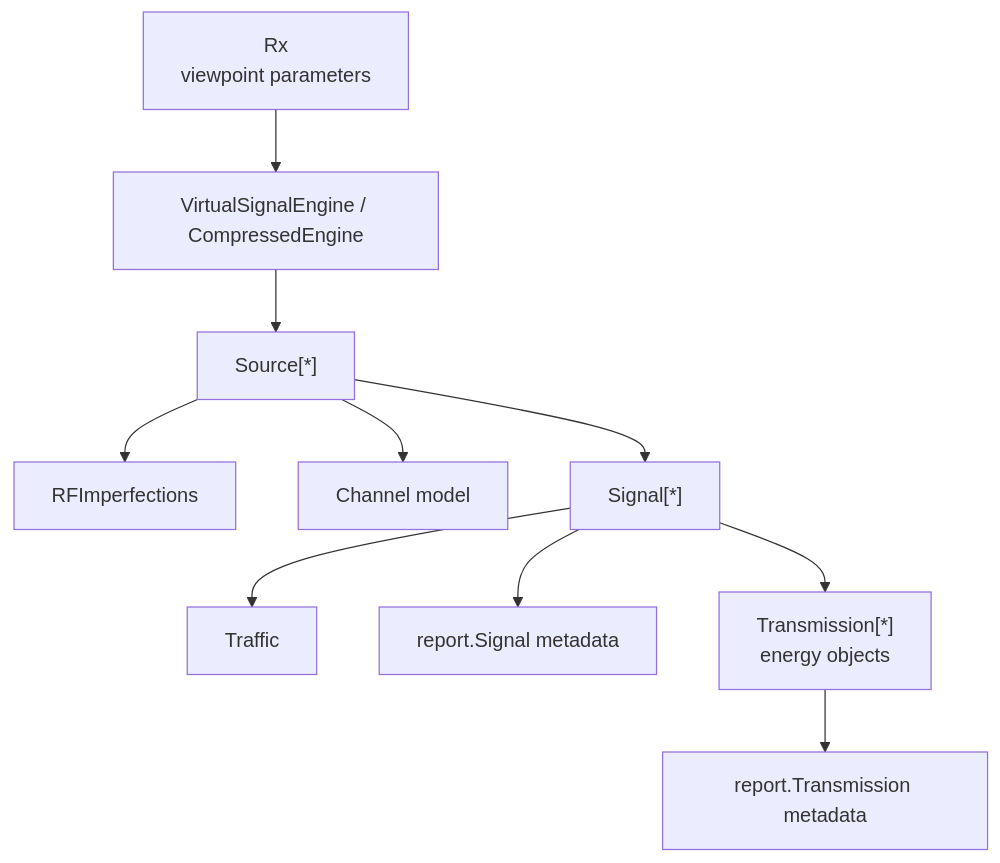
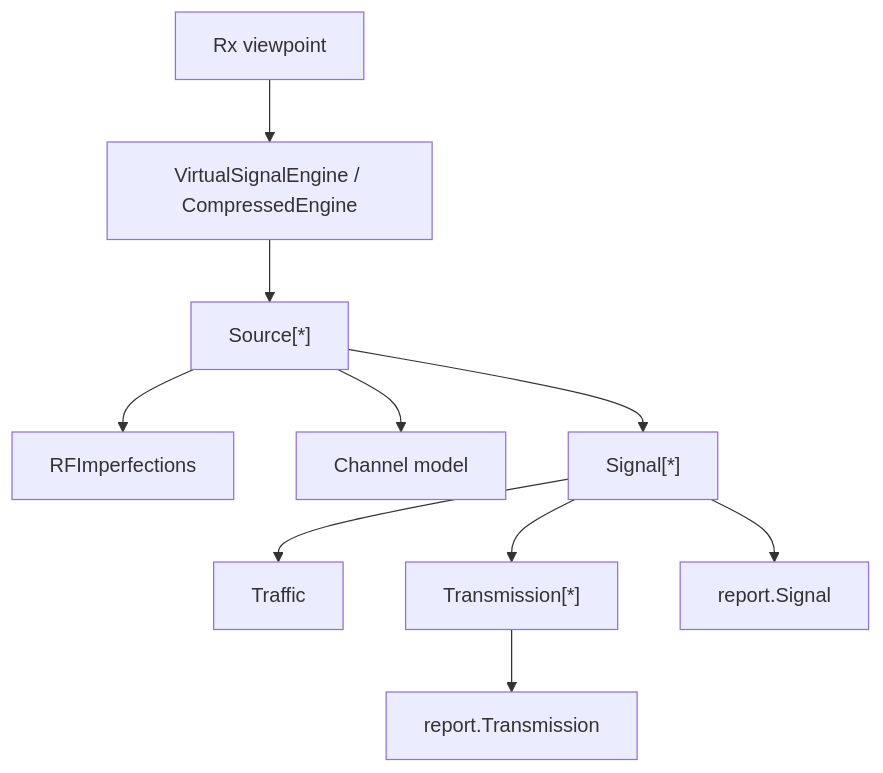
One commit to ucsdwcsng/rfsynth changed the third of 3 diagrams in README.md. Above: the diagram before and after it, drawn with Mermaid. The commit also changed other lines of this file and 315 other files, not shown here.

````diff
--- a/README.md
+++ b/README.md
@@ -317,12 +211,12 @@
 ```mermaid
 flowchart TD
-    RX["Rx<br/>viewpoint parameters"] --> ENG["VirtualSignalEngine / CompressedEngine"]
+    RX["Rx viewpoint"] --> ENG["VirtualSignalEngine / CompressedEngine"]
     ENG --> SRC["Source[*]"]
     SRC --> IMP["RFImperfections"]
     SRC --> CH["Channel model"]
     SRC --> SIG["Signal[*]"]
     SIG --> TRAF["Traffic"]
-    SIG --> META["report.Signal metadata"]
-    SIG --> EN["Transmission[*]<br/>energy objects"]
-    EN --> ENMETA["report.Transmission metadata"]
+    SIG --> EN["Transmission[*]"]
+    SIG --> SIGMETA["report.Signal"]
+    EN --> ENMETA["report.Transmission"]
 ```
````
